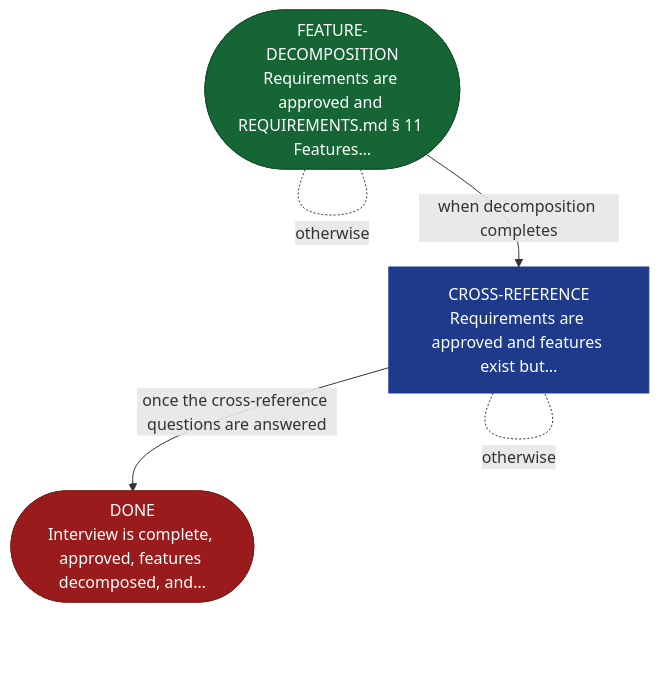
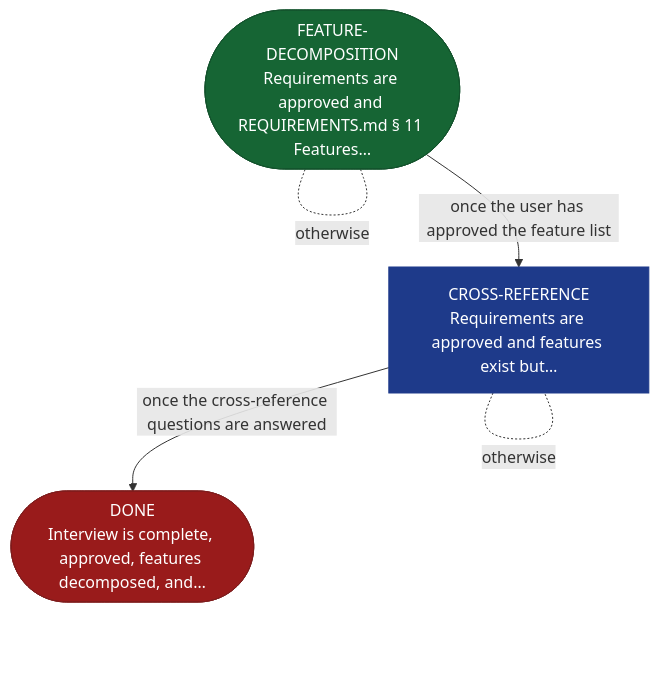
The diagram in site/src/content/docs/skills/aid-define.md (AndreVianna/aid-methodology), drawn with Mermaid before and after one commit. The commit also changed other lines of this file and 5 other files, not shown here.

First line of the commit message:
task-039: fix round (aid-define DONE ASK then HALT; feature decomposition waits for approval with ASK; route list and State Detection note)

````diff
--- a/site/src/content/docs/skills/aid-define.md
+++ b/site/src/content/docs/skills/aid-define.md
@@ -20,22 +20,22 @@
 ```mermaid
 flowchart TB
   classDef aidNode color:#fff
   classDef aidEntry fill:#166534,stroke:#14532d,color:#fff
   classDef aidExit fill:#991b1b,stroke:#7f1d1d,color:#fff
   classDef aidDecision fill:#92400e,stroke:#78350f,color:#fff
   classDef aidLoopBack fill:#1e3a8a,stroke:#1e3a8a,color:#fff
   classDef aidStep fill:#1a2035,stroke:#d4a853,color:#f1f5f9
   n1(["FEATURE-DECOMPOSITION<br/>Requirements are approved and REQUIREMENTS.md § 11 Features…"])
   n2["CROSS-REFERENCE<br/>Requirements are approved and features exist but…"]
   n3(["DONE<br/>Interview is complete, approved, features decomposed, and…"])
   n1 -. "otherwise" .- n1
-  n1 -->|"when decomposition completes"| n2
+  n1 -->|"once the user has approved the feature list"| n2
   n2 -. "otherwise" .- n2
   n2 -->|"once the cross-reference questions are answered"| n3
   class n1 aidEntry
   class n2 aidLoopBack
   class n3 aidExit
   class n1 aidNode
   class n2 aidNode
   class n3 aidNode
 ```
````
